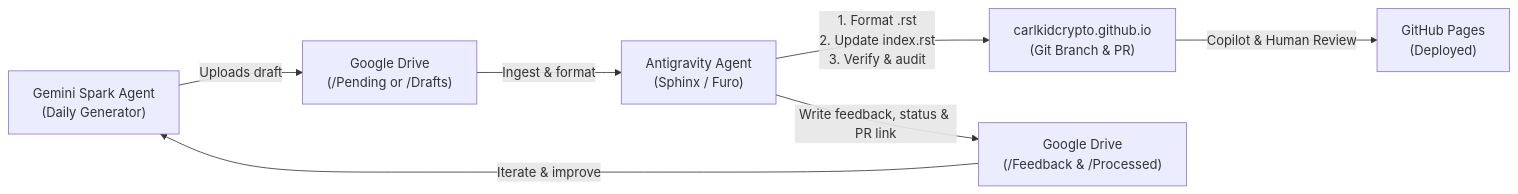
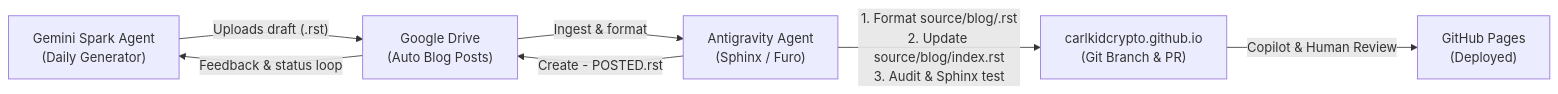
One commit to carlkidcrypto/carlkidcrypto.github.io changed the diagram in .agents/skills/gemini-spark-blog/SKILL.md. Above: the diagram before and after it, drawn with Mermaid. The commit also changed other lines of this file and 2 other files, not shown here.

Commit message:
feat(skill): align gemini-spark-blog skill and sync script with Auto Blog Posts Google Drive layout

````diff
--- a/.agents/skills/gemini-spark-blog/SKILL.md
+++ b/.agents/skills/gemini-spark-blog/SKILL.md
@@ -21,9 +21,9 @@
 ```mermaid
 flowchart LR
-    A["Gemini Spark Agent<br/>(Daily Generator)"] -->|"Uploads draft"| B["Google Drive<br/>(/Pending or /Drafts)"]
+    A["Gemini Spark Agent<br/>(Daily Generator)"] -->|"Uploads draft (.rst)"| B["Google Drive<br/>(Auto Blog Posts)"]
     B -->|"Ingest & format"| C["Antigravity Agent<br/>(Sphinx / Furo)"]
-    C -->|"1. Format .rst<br/>2. Update index.rst<br/>3. Verify & audit"| D["carlkidcrypto.github.io<br/>(Git Branch & PR)"]
+    C -->|"1. Format source/blog/<slug>.rst<br/>2. Update source/blog/index.rst<br/>3. Audit & Sphinx test"| D["carlkidcrypto.github.io<br/>(Git Branch & PR)"]
     D -->|"Copilot & Human Review"| E["GitHub Pages<br/>(Deployed)"]
-    C -->|"Write feedback, status & PR link"| F["Google Drive<br/>(/Feedback & /Processed)"]
-    F -->|"Iterate & improve"| A
+    C -->|"Create <topic> - POSTED.rst"| B
+    B -->|"Feedback & status loop"| A
 ```
````
